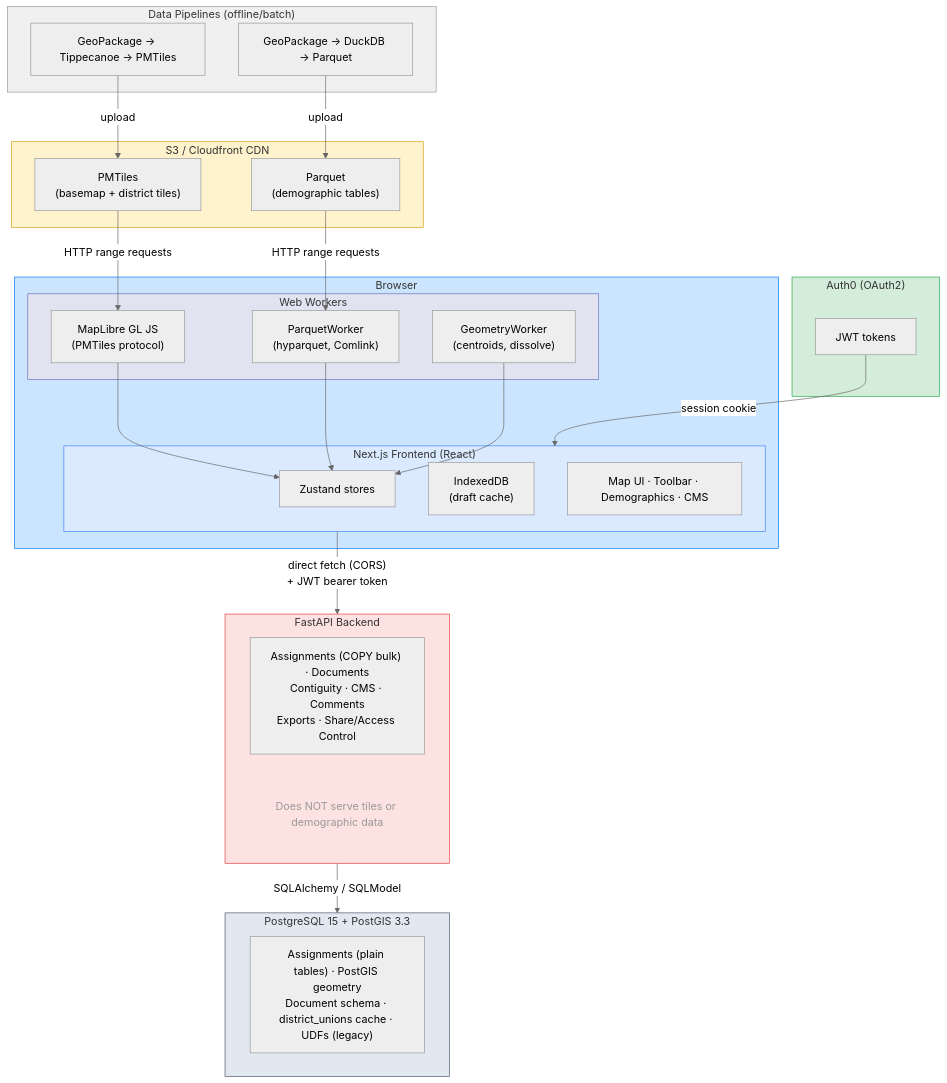
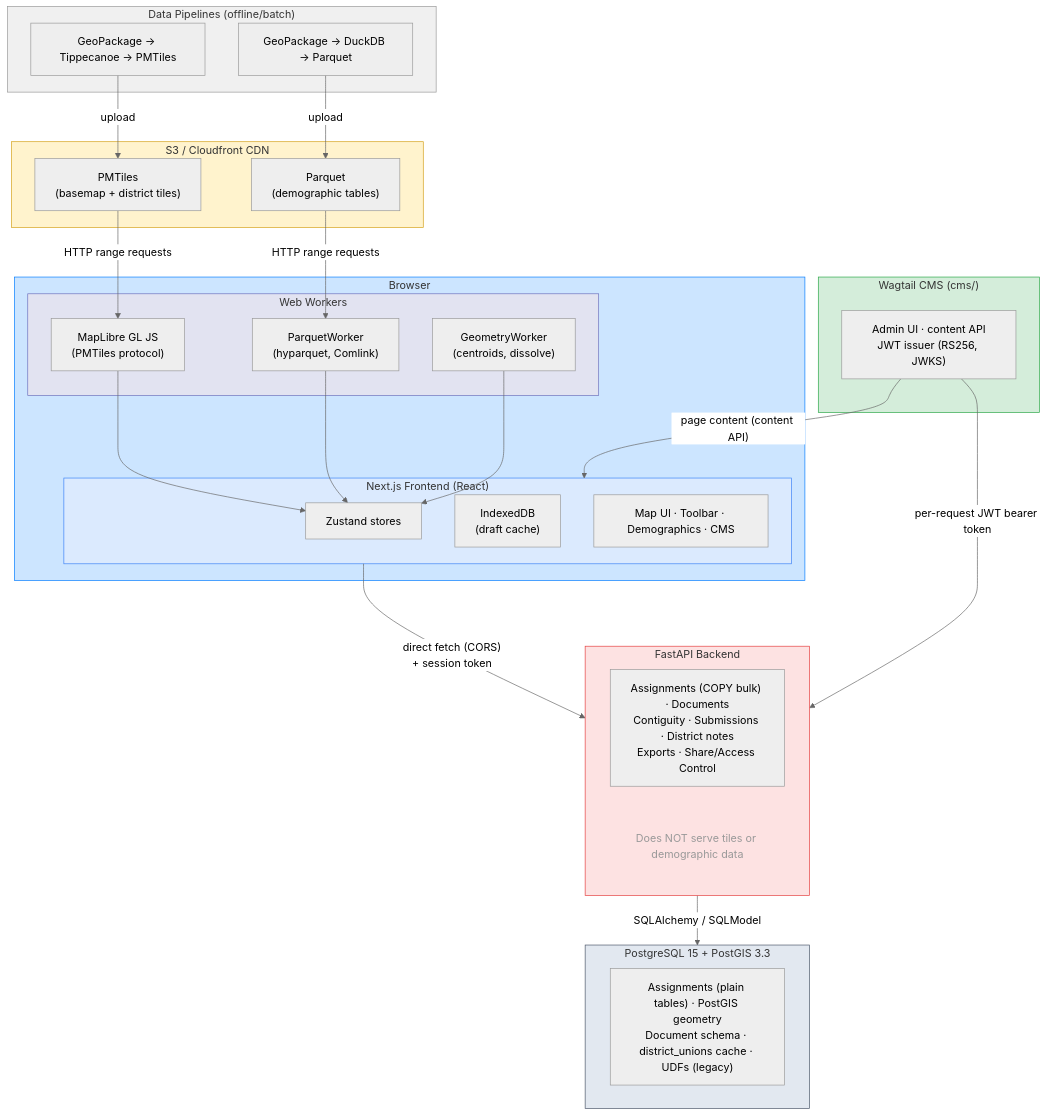
Before and after one commit to districtr/districtr-v2: the diagram in docs/architecture.md, drawn with Mermaid (neutral theme). The commit also changed other lines of this file and 351 other files, not shown here.

````diff
--- a/docs/architecture.md
+++ b/docs/architecture.md
@@ -7,59 +7,60 @@
 ```mermaid
 graph TD
     subgraph Pipelines["Data Pipelines (offline/batch)"]
         P1["GeoPackage → Tippecanoe → PMTiles"]
         P2["GeoPackage → DuckDB → Parquet"]
     end
 
     subgraph S3["S3 / Cloudfront CDN"]
         Tiles["PMTiles<br/>(basemap + district tiles)"]
         Parquet["Parquet<br/>(demographic tables)"]
     end
 
-    subgraph Auth["Auth0 (OAuth2)"]
-        JWT["JWT tokens"]
+    subgraph CMS["Wagtail CMS (cms/)"]
+        Wagtail["Admin UI · content API<br/>JWT issuer (RS256, JWKS)"]
     end
 
     subgraph Browser["Browser"]
         subgraph Workers["Web Workers"]
             MapLibre["MapLibre GL JS<br/>(PMTiles protocol)"]
             PW["ParquetWorker<br/>(hyparquet, Comlink)"]
             GW["GeometryWorker<br/>(centroids, dissolve)"]
         end
         subgraph App["Next.js Frontend (React)"]
             Zustand["Zustand stores"]
             IDB["IndexedDB<br/>(draft cache)"]
             UI["Map UI · Toolbar · Demographics · CMS"]
         end
     end
 
     subgraph API["FastAPI Backend"]
-        Endpoints["Assignments (COPY bulk) · Documents<br/>Contiguity · CMS · Comments<br/>Exports · Share/Access Control"]
+        Endpoints["Assignments (COPY bulk) · Documents<br/>Contiguity · Submissions · District notes<br/>Exports · Share/Access Control"]
         Note["Does NOT serve tiles or demographic data"]
     end
 
     subgraph DB["PostgreSQL 15 + PostGIS 3.3"]
         Tables["Assignments (plain tables) · PostGIS geometry<br/>Document schema · district_unions cache · UDFs (legacy)"]
     end
 
     P1 -->|upload| Tiles
     P2 -->|upload| Parquet
     Tiles -->|HTTP range requests| MapLibre
     Parquet -->|HTTP range requests| PW
-    JWT -->|session cookie| App
+    Wagtail -->|"page content (content API)"| App
+    Wagtail -->|"per-request JWT bearer token"| API
     MapLibre --> Zustand
     PW --> Zustand
     GW --> Zustand
-    App -->|"direct fetch (CORS)<br/>+ JWT bearer token"| API
+    App -->|"direct fetch (CORS)<br/>+ session token"| API
     API -->|SQLAlchemy / SQLModel| DB
 
     style Pipelines fill:#f0f0f0,stroke:#999
     style S3 fill:#fff3cd,stroke:#d4a017
-    style Auth fill:#d4edda,stroke:#28a745
+    style CMS fill:#d4edda,stroke:#28a745
     style Browser fill:#cce5ff,stroke:#007bff
     style Workers fill:#e2e3f1,stroke:#6c6fbd
     style App fill:#dbeafe,stroke:#3b82f6
     style API fill:#fde2e2,stroke:#e53e3e
     style DB fill:#e2e8f0,stroke:#4a5568
     style Note fill:none,stroke:none,color:#999
 ```
````
